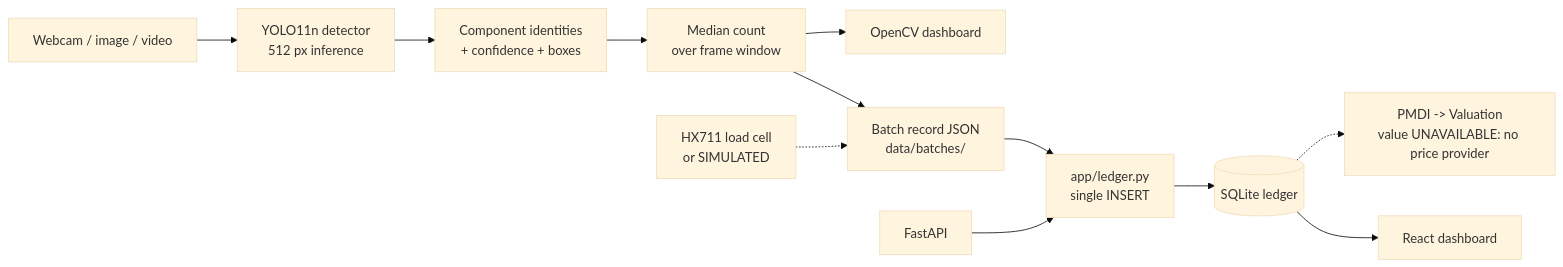
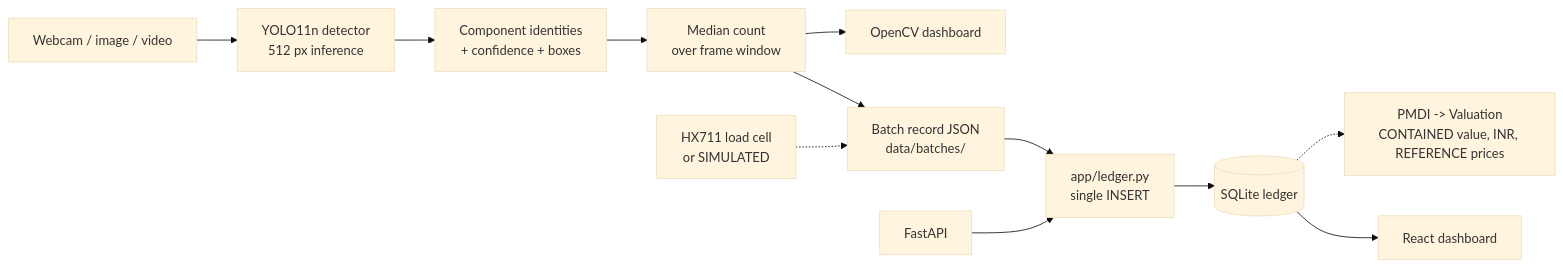
Before and after one commit to parth-sharma-10/aurum: the diagram in docs/architecture.md, drawn with Mermaid (base theme). The commit also changed other lines of this file and 4 other files, not shown here.

````diff
--- a/docs/architecture.md
+++ b/docs/architecture.md
@@ -9,14 +9,14 @@
 ```mermaid
 flowchart LR
     CAM[Webcam / image / video] --> DET[YOLO11n detector<br/>512 px inference]
     DET --> ID[Component identities<br/>+ confidence + boxes]
     ID --> CNT[Median count<br/>over frame window]
     CNT --> REC[Batch record JSON<br/>data/batches/]
     W[HX711 load cell<br/>or SIMULATED] -.-> REC
     CNT --> UI[OpenCV dashboard]
     REC --> LED[app/ledger.py<br/>single INSERT]
     API[FastAPI] --> LED
     LED --> DB[(SQLite ledger)]
     DB --> WEB[React dashboard]
-    DB -.-> VAL[PMDI -> Valuation<br/>value UNAVAILABLE: no price provider]
+    DB -.-> VAL[PMDI -> Valuation<br/>CONTAINED value, INR, REFERENCE prices]
 ```
````
